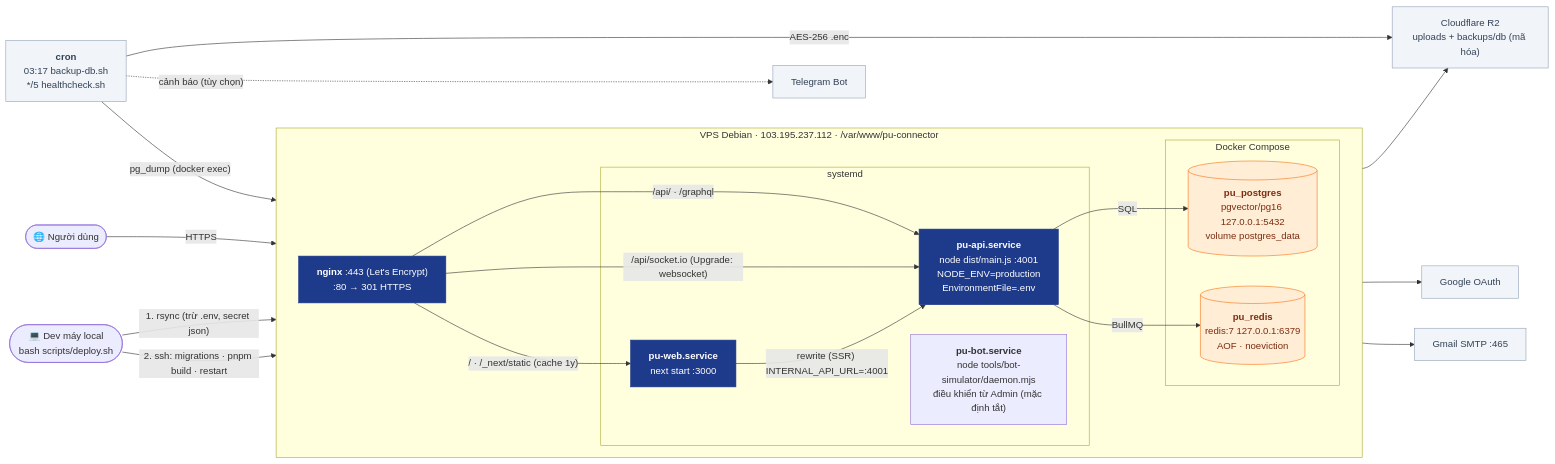
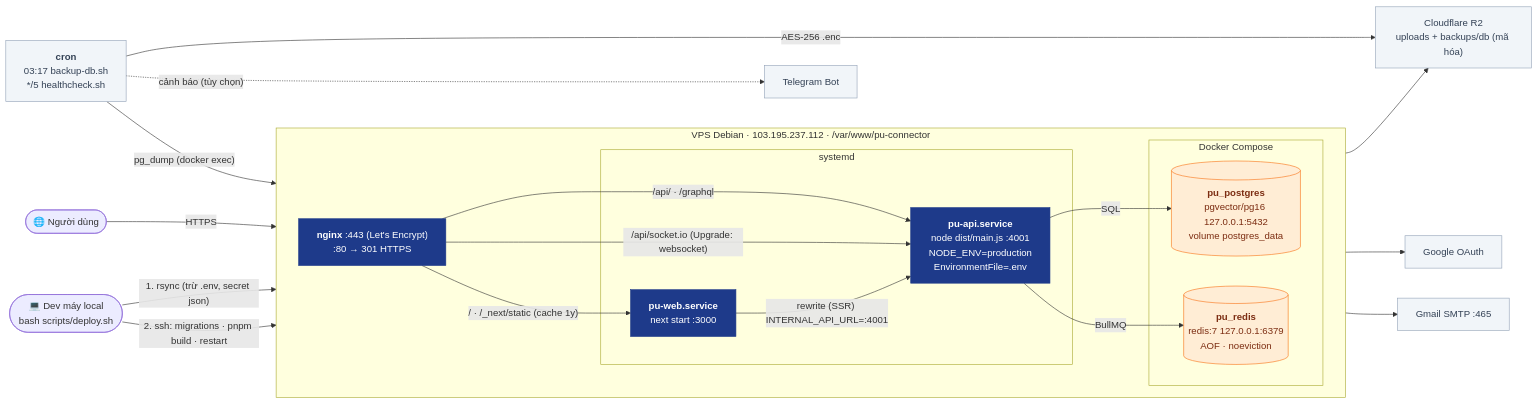
One commit to nhatcoi/pu-connect changed the first of 2 diagrams in docs/diagrams/06-deployment.md. Above: the diagram before and after it, drawn with Mermaid. The commit also changed other lines of this file and 46 other files, not shown here.

````diff
--- a/docs/diagrams/06-deployment.md
+++ b/docs/diagrams/06-deployment.md
@@ -5,46 +5,45 @@
 ```mermaid
 flowchart LR
   user(["🌐 Người dùng"])
   dev(["💻 Dev máy local<br/>bash scripts/deploy.sh"])
 
   subgraph VPS["VPS Debian · 103.195.237.112 · /var/www/pu-connector"]
     direction LR
     nginx["<b>nginx</b> :443 (Let's Encrypt)<br/>:80 → 301 HTTPS"]
     subgraph systemd["systemd"]
       web["<b>pu-web.service</b><br/>next start :3000"]
-      bot["<b>pu-bot.service</b><br/>node tools/bot-simulator/daemon.mjs<br/>điều khiển từ Admin (mặc định tắt)"]
       api["<b>pu-api.service</b><br/>node dist/main.js :4001<br/>NODE_ENV=production<br/>EnvironmentFile=.env"]
     end
     subgraph docker["Docker Compose"]
       pg[("<b>pu_postgres</b><br/>pgvector/pg16 127.0.0.1:5432<br/>volume postgres_data")]
       redis[("<b>pu_redis</b><br/>redis:7 127.0.0.1:6379<br/>AOF · noeviction")]
     end
   end
 
   r2["Cloudflare R2<br/>uploads + backups/db (mã hóa)"]
   google["Google OAuth"]
   gmail["Gmail SMTP :465"]
 
   user -->|HTTPS| nginx
   nginx -->|"/  ·  /_next/static (cache 1y)"| web
   nginx -->|"/api/  ·  /graphql"| api
   nginx -->|"/api/socket.io (Upgrade: websocket)"| api
   web -->|"rewrite (SSR) INTERNAL_API_URL=:4001"| api
   api -->|SQL| pg
   api -->|BullMQ| redis
   api --> r2 & google & gmail
   cron["<b>cron</b><br/>03:17 backup-db.sh<br/>*/5 healthcheck.sh"]
   cron -->|"pg_dump (docker exec)"| pg
   cron -->|"AES-256 .enc"| r2
   cron -.->|"cảnh báo (tùy chọn)"| tg["Telegram Bot"]
 
   dev -->|"1. rsync (trừ .env, secret json)"| VPS
   dev -->|"2. ssh: migrations · pnpm build · restart"| VPS
 
   classDef app fill:#1e3a8a,stroke:#1e3a8a,color:#fff
   classDef store fill:#ffedd5,stroke:#f97316,color:#7c2d12
   classDef external fill:#f1f5f9,stroke:#94a3b8,color:#334155
   class web,api,nginx app
   class pg,redis store
   class r2,google,gmail,tg,cron external
 ```
````
